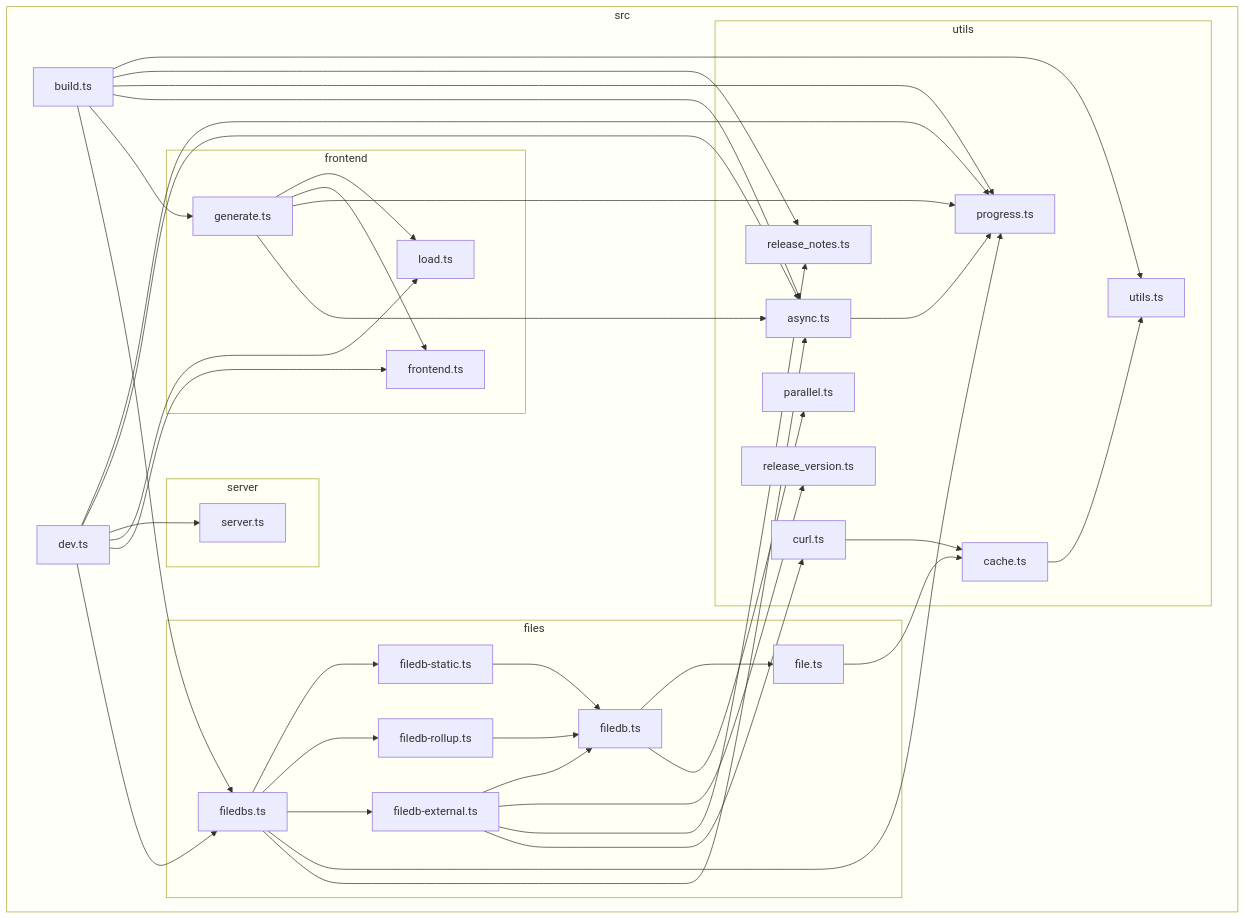
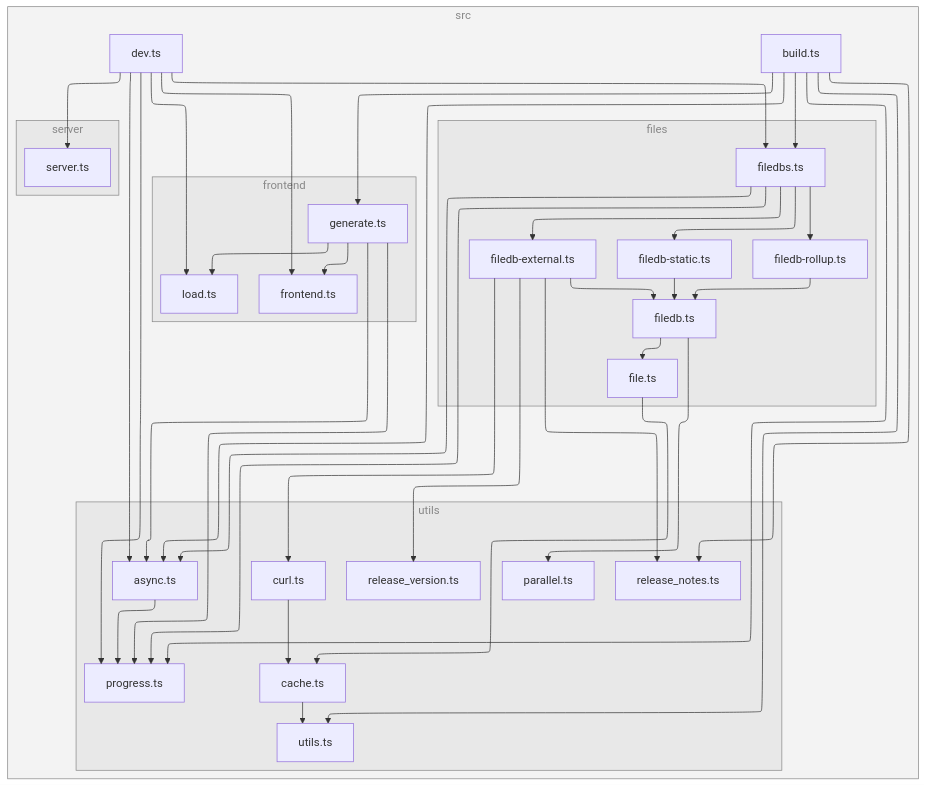
One commit to versatiles-org/versatiles-frontend changed the diagram in README.md. Above: the diagram before and after it, drawn with Mermaid.

````diff
--- a/README.md
+++ b/README.md
@@ -97,73 +97,74 @@
 ```mermaid
+---
+config:
+  layout: elk
+---
 flowchart TB
 
 subgraph 0["src"]
 1["build.ts"]
 subgraph 2["files"]
 3["filedbs.ts"]
 7["filedb-external.ts"]
 D["filedb.ts"]
 F["file.ts"]
 G["filedb-rollup.ts"]
 H["filedb-static.ts"]
 end
 subgraph 4["utils"]
 5["async.ts"]
 6["progress.ts"]
 8["curl.ts"]
 9["cache.ts"]
 A["utils.ts"]
 B["release_notes.ts"]
 C["release_version.ts"]
 E["parallel.ts"]
 end
 subgraph I["frontend"]
 J["generate.ts"]
 K["frontend.ts"]
 L["load.ts"]
 end
 M["dev.ts"]
 subgraph N["server"]
 O["server.ts"]
 end
 end
 1-->3
 1-->J
 1-->5
 1-->6
 1-->B
 1-->A
 3-->5
 3-->6
 3-->7
 3-->G
 3-->H
 5-->6
 7-->8
 7-->B
 7-->C
 7-->D
 8-->9
 9-->A
 D-->E
 D-->F
 F-->9
 G-->D
 H-->D
 J-->5
 J-->6
 J-->K
 J-->L
 M-->3
 M-->K
 M-->L
 M-->O
 M-->5
 M-->6
 
-style 0 fill-opacity:0.2
-style 2 fill-opacity:0.2
-style 4 fill-opacity:0.2
-style I fill-opacity:0.2
-style N fill-opacity:0.2
+class 0,2,4,I,N subgraphs;
+classDef subgraphs fill-opacity:0.1, fill:#888, color:#888, stroke:#888;
 ```
````
